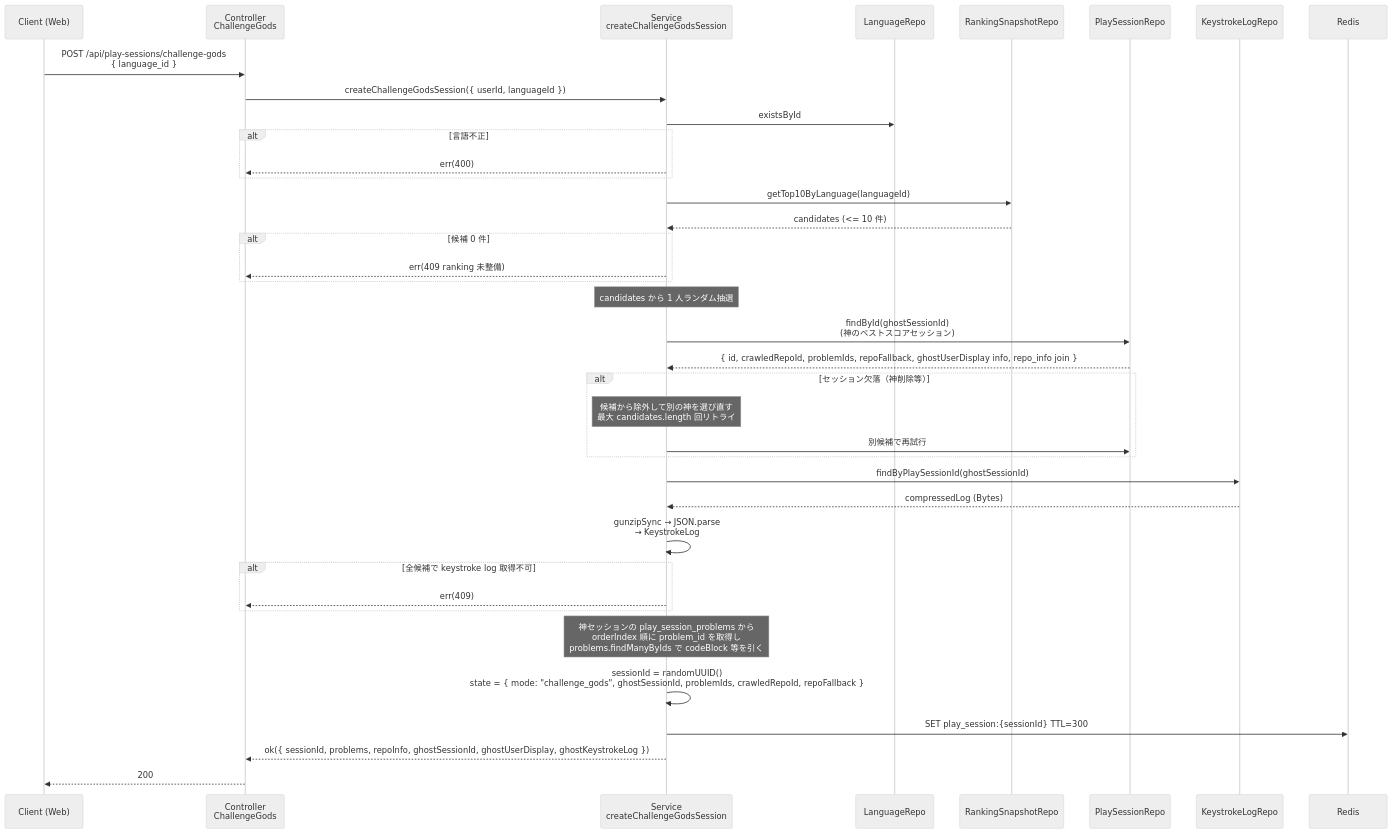
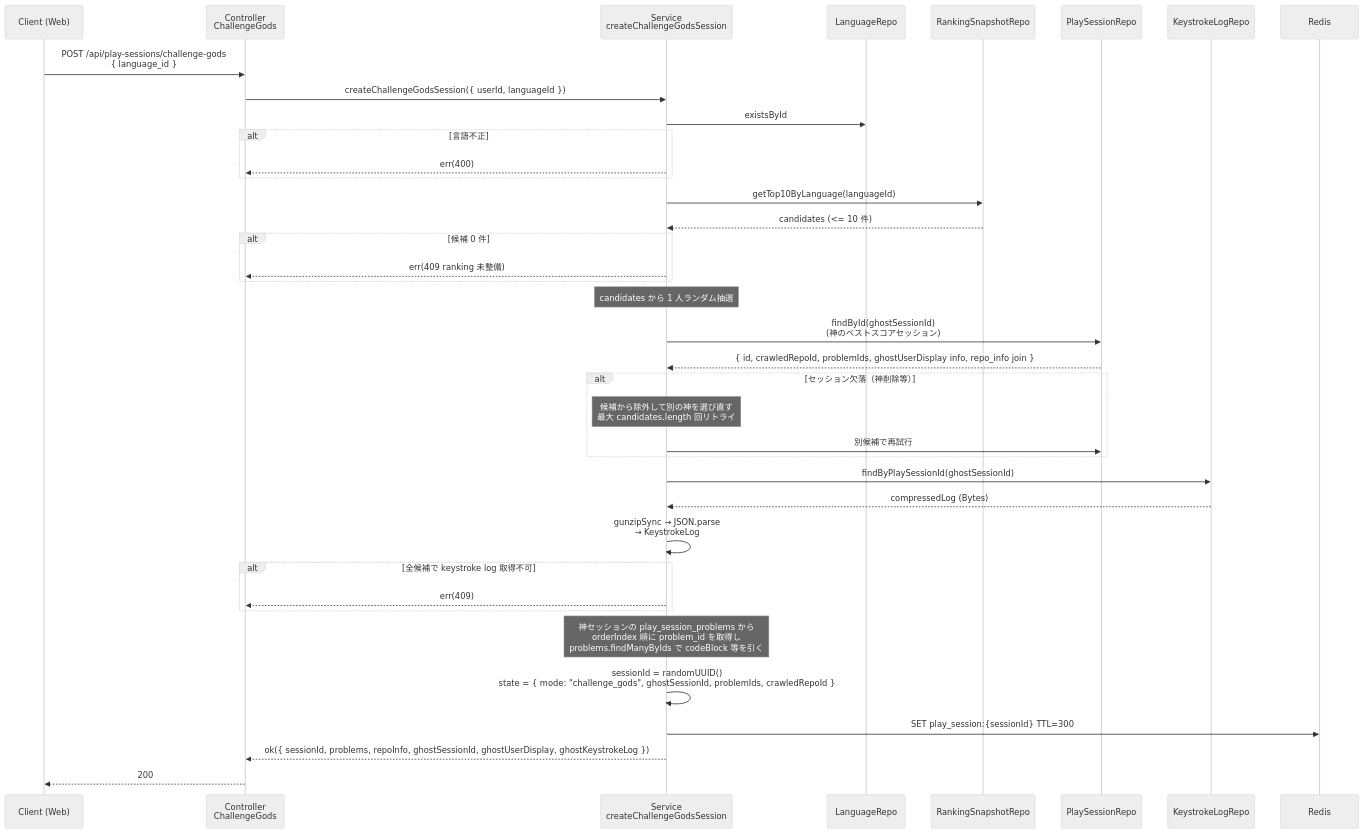
The diagram in docs/spec/typing-engine/step6-api-challenge-gods.md (kentakki416/typing-royale), drawn with Mermaid (neutral theme) before and after one commit. The commit also changed other lines of this file and 11 other files, not shown here.

First line of the commit message:
refactor(typing-engine): repoFallback / 補填ロジックを削除（シンプルさ優先）

````diff
--- a/docs/spec/typing-engine/step6-api-challenge-gods.md
+++ b/docs/spec/typing-engine/step6-api-challenge-gods.md
@@ -111,48 +110,48 @@
 ```mermaid
 sequenceDiagram
     participant C as Client (Web)
     participant Ctrl as Controller<br/>ChallengeGods
     participant Svc as Service<br/>createChallengeGodsSession
     participant Lang as LanguageRepo
     participant Snap as RankingSnapshotRepo
     participant PS as PlaySessionRepo
     participant KL as KeystrokeLogRepo
     participant Redis as Redis
 
     C->>Ctrl: POST /api/play-sessions/challenge-gods<br/>{ language_id }
     Ctrl->>Svc: createChallengeGodsSession({ userId, languageId })
 
     Svc->>Lang: existsById
     alt 言語不正
         Svc-->>Ctrl: err(400)
     end
 
     Svc->>Snap: getTop10ByLanguage(languageId)
     Snap-->>Svc: candidates (<= 10 件)
     alt 候補 0 件
         Svc-->>Ctrl: err(409 ranking 未整備)
     end
 
     Note over Svc: candidates から 1 人ランダム抽選
 
     Svc->>PS: findById(ghostSessionId)<br/>(神のベストスコアセッション)
-    PS-->>Svc: { id, crawledRepoId, problemIds, repoFallback, ghostUserDisplay info, repo_info join }
+    PS-->>Svc: { id, crawledRepoId, problemIds, ghostUserDisplay info, repo_info join }
     alt セッション欠落（神削除等）
         Note over Svc: 候補から除外して別の神を選び直す<br/>最大 candidates.length 回リトライ
         Svc->>PS: 別候補で再試行
     end
 
     Svc->>KL: findByPlaySessionId(ghostSessionId)
     KL-->>Svc: compressedLog (Bytes)
     Svc->>Svc: gunzipSync → JSON.parse<br/>→ KeystrokeLog
     alt 全候補で keystroke log 取得不可
         Svc-->>Ctrl: err(409)
     end
 
     Note over Svc: 神セッションの play_session_problems から<br/>orderIndex 順に problem_id を取得し<br/>problems.findManyByIds で codeBlock 等を引く
 
-    Svc->>Svc: sessionId = randomUUID()<br/>state = { mode: "challenge_gods", ghostSessionId, problemIds, crawledRepoId, repoFallback }
+    Svc->>Svc: sessionId = randomUUID()<br/>state = { mode: "challenge_gods", ghostSessionId, problemIds, crawledRepoId }
     Svc->>Redis: SET play_session:{sessionId} TTL=300
     Svc-->>Ctrl: ok({ sessionId, problems, repoInfo, ghostSessionId, ghostUserDisplay, ghostKeystrokeLog })
     Ctrl-->>C: 200
 ```
````
